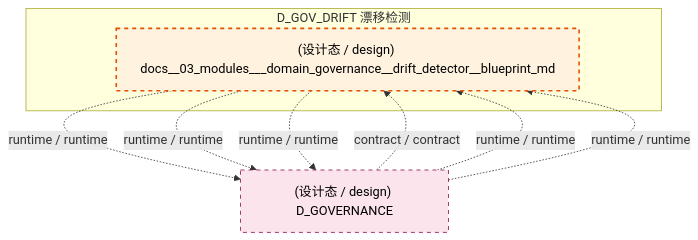
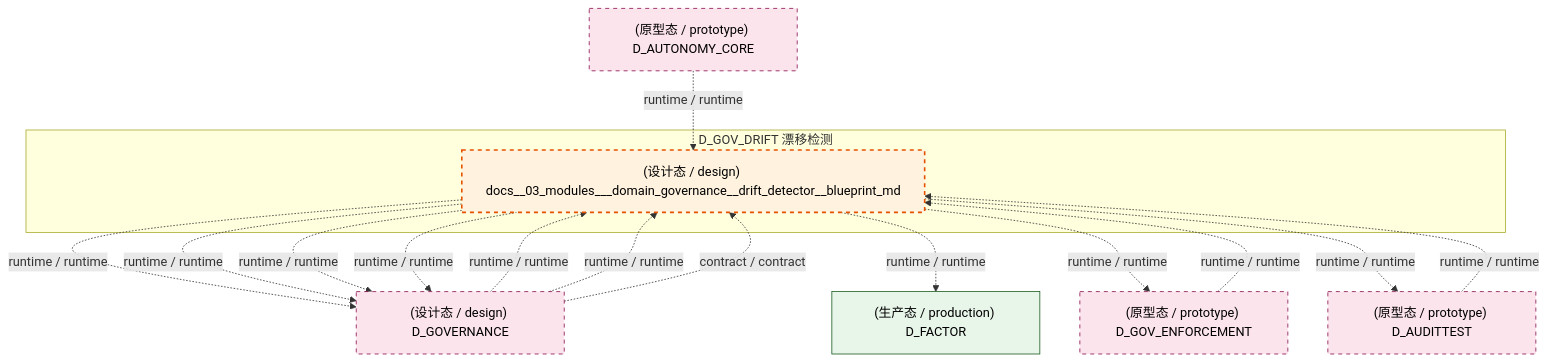
One commit to xuanFelixVan/ZephyrAlpha changed the first of 3 diagrams in docs/02_enterprise_architecture/02_domain_architecture_docs/34_d_gov_drift.md. Above: the diagram before and after it, drawn with Mermaid. The commit also changed other lines of this file and 100 other files, not shown here.

````diff
--- a/docs/02_enterprise_architecture/02_domain_architecture_docs/34_d_gov_drift.md
+++ b/docs/02_enterprise_architecture/02_domain_architecture_docs/34_d_gov_drift.md
@@ -64,19 +64,31 @@
 ```mermaid
 graph TD
     subgraph D_GOV_DRIFT["D_GOV_DRIFT 漂移检测"]
         docs_03_modules_domain_governance_drift_detector_blueprint_md["(设计态 / design) docs__03_modules___domain_governance__drift_detector__blueprint_md"]
     end
     D_GOVERNANCE["(设计态 / design) D_GOVERNANCE"]
     docs_03_modules_domain_governance_drift_detector_blueprint_md -.->|runtime / runtime| D_GOVERNANCE
+    D_FACTOR["(生产态 / production) D_FACTOR"]
+    docs_03_modules_domain_governance_drift_detector_blueprint_md -.->|runtime / runtime| D_FACTOR
+    D_GOV_ENFORCEMENT["(原型态 / prototype) D_GOV_ENFORCEMENT"]
+    docs_03_modules_domain_governance_drift_detector_blueprint_md -.->|runtime / runtime| D_GOV_ENFORCEMENT
+    D_AUDITTEST["(原型态 / prototype) D_AUDITTEST"]
+    docs_03_modules_domain_governance_drift_detector_blueprint_md -.->|runtime / runtime| D_AUDITTEST
     docs_03_modules_domain_governance_drift_detector_blueprint_md -.->|runtime / runtime| D_GOVERNANCE
     docs_03_modules_domain_governance_drift_detector_blueprint_md -.->|runtime / runtime| D_GOVERNANCE
-    D_GOVERNANCE -.->|contract / contract| docs_03_modules_domain_governance_drift_detector_blueprint_md
+    docs_03_modules_domain_governance_drift_detector_blueprint_md -.->|runtime / runtime| D_GOVERNANCE
+    D_GOV_ENFORCEMENT -.->|runtime / runtime| docs_03_modules_domain_governance_drift_detector_blueprint_md
     D_GOVERNANCE -.->|runtime / runtime| docs_03_modules_domain_governance_drift_detector_blueprint_md
     D_GOVERNANCE -.->|runtime / runtime| docs_03_modules_domain_governance_drift_detector_blueprint_md
+    D_GOVERNANCE -.->|contract / contract| docs_03_modules_domain_governance_drift_detector_blueprint_md
+    D_AUTONOMY_CORE["(原型态 / prototype) D_AUTONOMY_CORE"]
+    D_AUTONOMY_CORE -.->|runtime / runtime| docs_03_modules_domain_governance_drift_detector_blueprint_md
+    D_AUDITTEST -.->|runtime / runtime| docs_03_modules_domain_governance_drift_detector_blueprint_md
     classDef production fill:#e1f5fe,stroke:#01579b,stroke-width:2px,color:#000
     classDef design fill:#fff3e0,stroke:#e65100,stroke-width:2px,color:#000,stroke-dasharray: 5 5
     classDef external_prod fill:#e8f5e9,stroke:#1b5e20,stroke-width:1px,color:#000
     classDef external_design fill:#fce4ec,stroke:#880e4f,stroke-width:1px,color:#000,stroke-dasharray: 5 5
     class docs_03_modules_domain_governance_drift_detector_blueprint_md design
-    class D_GOVERNANCE external_design
+    class D_FACTOR external_prod
+    class D_GOVERNANCE,D_GOV_ENFORCEMENT,D_AUDITTEST,D_AUTONOMY_CORE external_design
 ```
````
